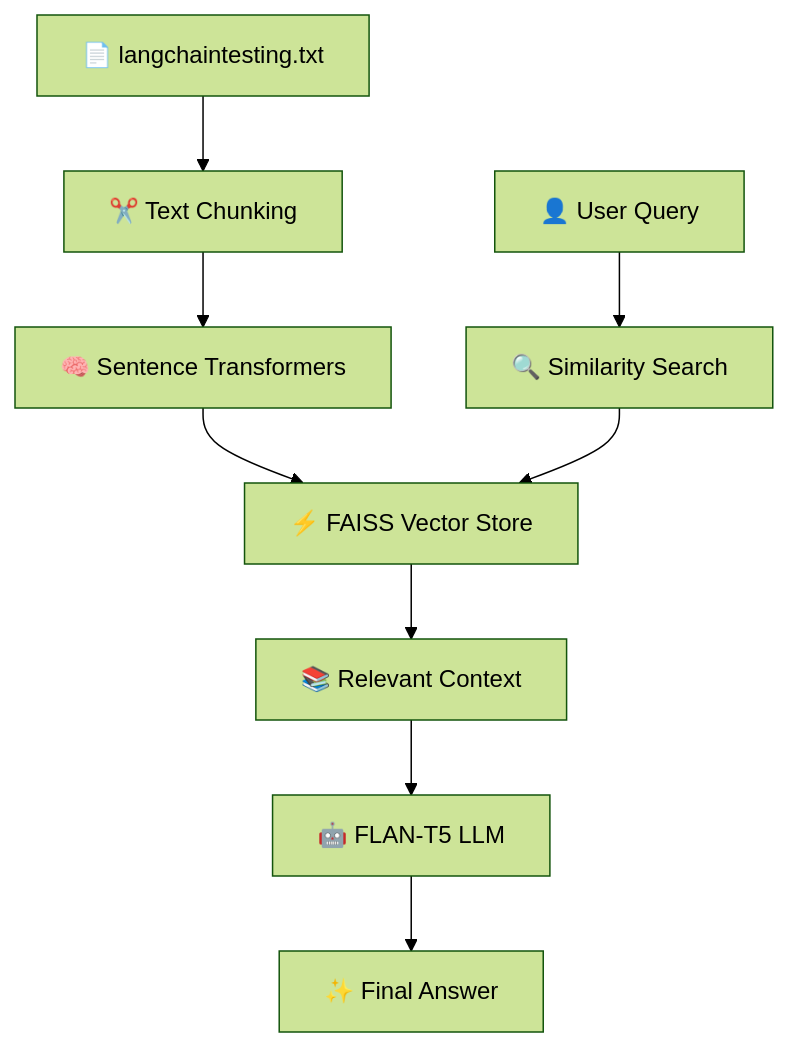
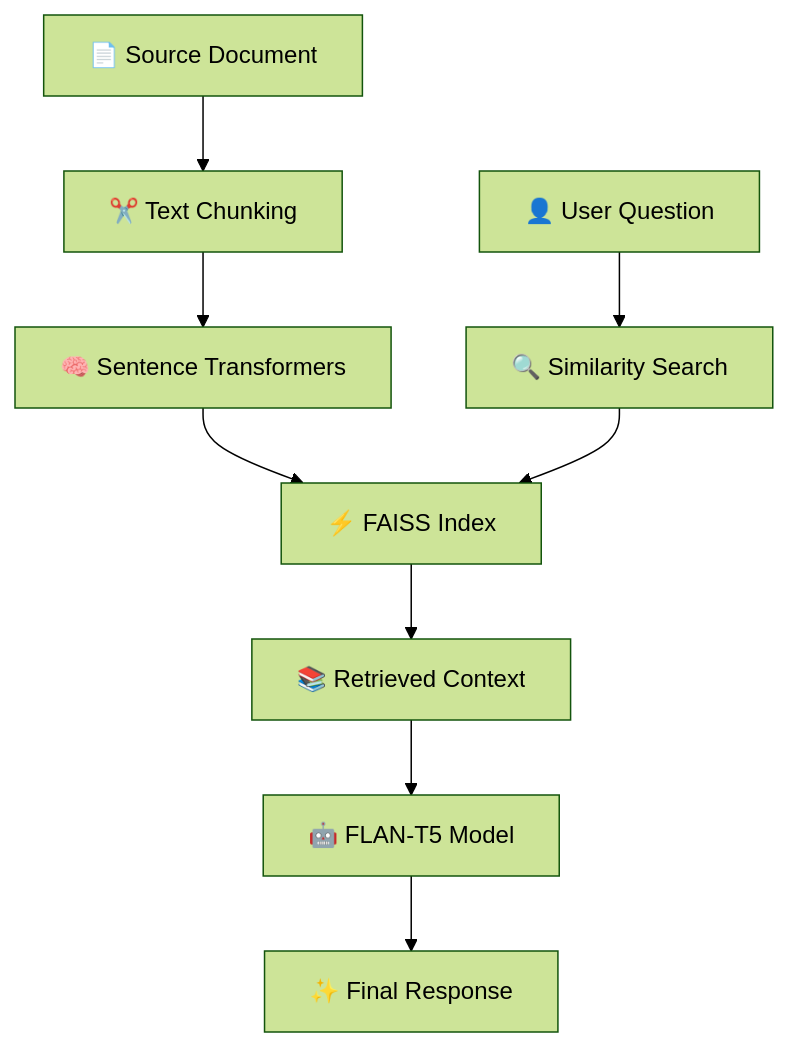
The second of 2 diagrams in README.md (chandramouli9392/Simple-RAG_LangChain), drawn with Mermaid (forest theme) before and after one commit. The commit also changed other lines of this file, not shown here.

````diff
--- a/README.md
+++ b/README.md
@@ -47,21 +173,21 @@
 ```mermaid
 flowchart TD
 
-A["📄 langchaintesting.txt"]
+A["📄 Source Document"]
 --> B["✂️ Text Chunking"]
 
 B --> C["🧠 Sentence Transformers"]
 
-C --> D["⚡ FAISS Vector Store"]
+C --> D["⚡ FAISS Index"]
 
-E["👤 User Query"]
+E["👤 User Question"]
 --> F["🔍 Similarity Search"]
 
 F --> D
 
-D --> G["📚 Relevant Context"]
+D --> G["📚 Retrieved Context"]
 
-G --> H["🤖 FLAN-T5 LLM"]
+G --> H["🤖 FLAN-T5 Model"]
 
-H --> I["✨ Final Answer"]
+H --> I["✨ Final Response"]
 ```
````
